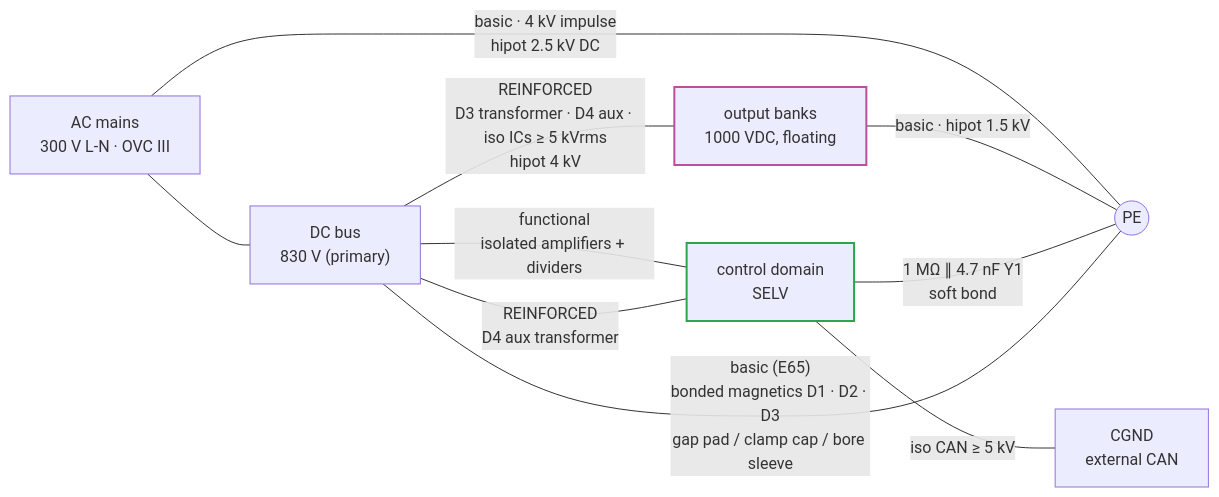
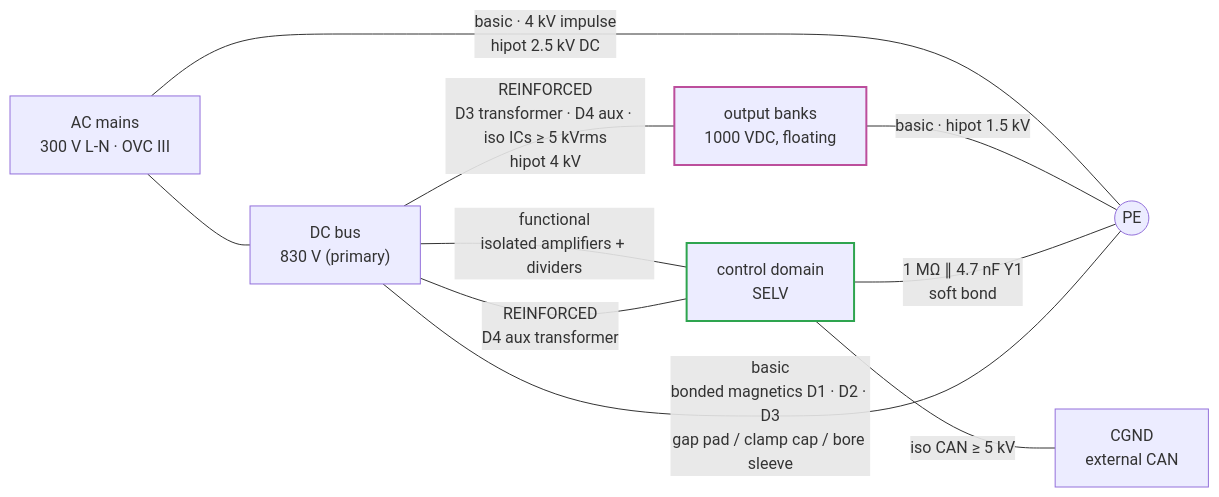
The diagram in docs/insulation-coordination.md (vectivolt/DC-Modules), drawn with Mermaid before and after one commit. The commit also changed other lines of this file and 802 other files, not shown here.

````diff
--- a/docs/insulation-coordination.md
+++ b/docs/insulation-coordination.md
@@ -33,14 +33,14 @@
 ```mermaid
 flowchart LR
   AC["AC mains<br/>300 V L-N · OVC III"] -- "basic · 4 kV impulse<br/>hipot 2.5 kV DC" --- PE(("PE"))
   AC --- BUS["DC bus<br/>830 V (primary)"]
   BUS -- "REINFORCED<br/>D3 transformer · D4 aux · iso ICs ≥ 5 kVrms<br/>hipot 4 kV" --- OUT["output banks<br/>1000 VDC, floating"]
   OUT -- "basic · hipot 1.5 kV" --- PE
   BUS -- "functional<br/>isolated amplifiers + dividers" --- CTRL["control domain<br/>SELV"]
   BUS -- "REINFORCED<br/>D4 aux transformer" --- CTRL
   CTRL -- "1 MΩ ∥ 4.7 nF Y1<br/>soft bond" --- PE
   CTRL -- "iso CAN ≥ 5 kV" --- CAN["CGND<br/>external CAN"]
-  BUS -- "basic (E65)<br/>bonded magnetics D1 · D2 · D3<br/>gap pad / clamp cap / bore sleeve" --- PE
+  BUS -- "basic<br/>bonded magnetics D1 · D2 · D3<br/>gap pad / clamp cap / bore sleeve" --- PE
   style OUT stroke:#bc4e9c,stroke-width:2px
   style CTRL stroke:#2ea44f,stroke-width:2px
 ```
````
